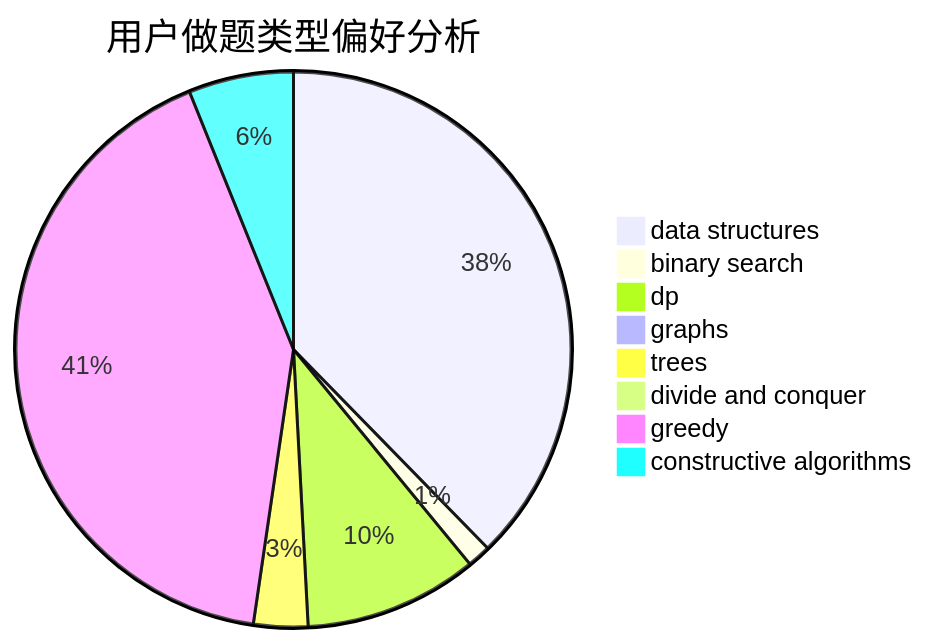
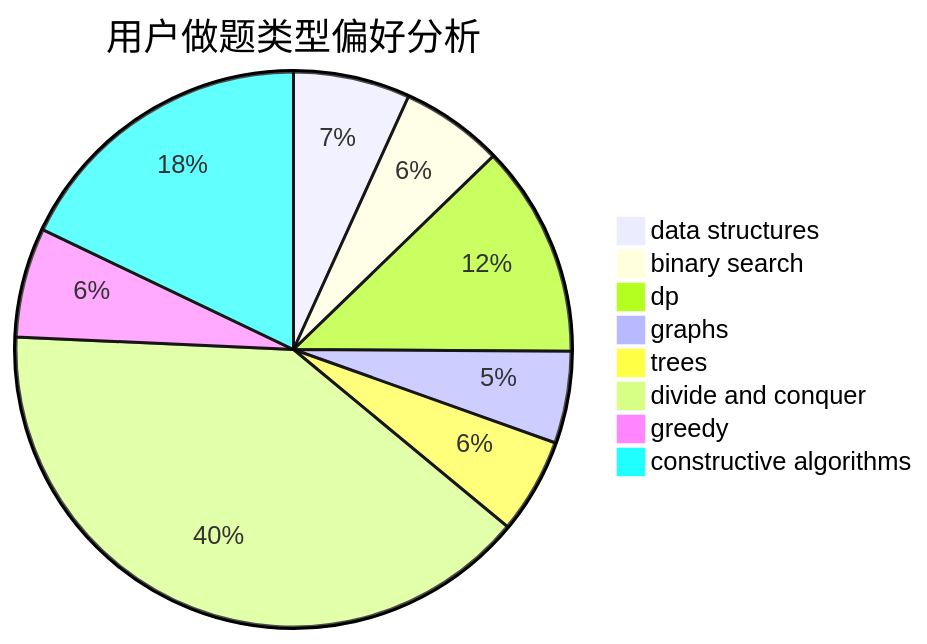
The second of 3 diagrams in docs/user/u227.md (sherpahu/cfrs.github.io), drawn with Mermaid before and after one commit. The commit also changed other lines of this file and 2770 other files, not shown here.

````diff
--- a/docs/user/u227.md
+++ b/docs/user/u227.md
@@ -23,11 +23,11 @@
 ```mermaid
 pie title 用户做题类型偏好分析
-    "data structures" :  358
-    "binary search" :  13
-    "dp" :  96
-    "graphs" :  4
-    "trees" :  30
-    "divide and conquer" :  0
-    "greedy" :  395
-    "constructive algorithms" :  58
+    "data structures" :  33
+    "binary search" :  29
+    "dp" :  60
+    "graphs" :  26
+    "trees" :  27
+    "divide and conquer" :  193
+    "greedy" :  31
+    "constructive algorithms" :  87
 ```
````
